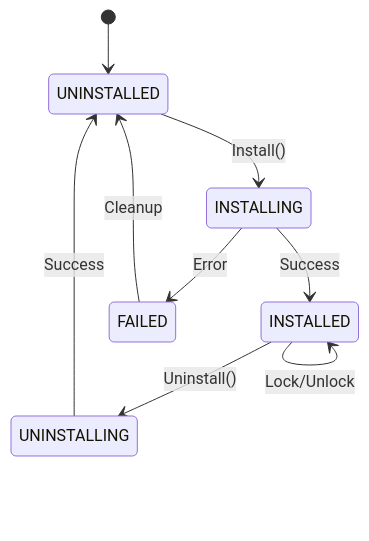
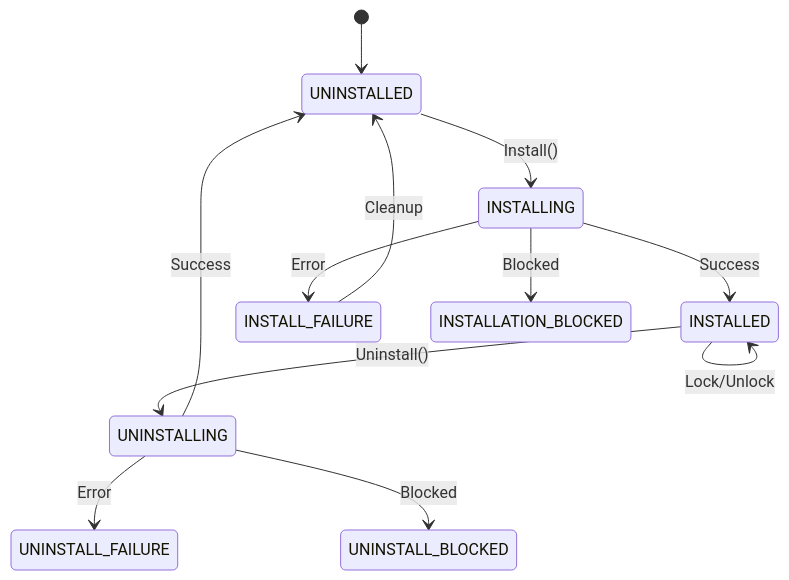
One commit to rdkcentral/entservices-appmanagers changed the seventh of 8 diagrams in PackageManager/PackageManager.md. Above: the diagram before and after it, drawn with Mermaid. The commit also changed other lines of this file, not shown here.

Commit message:
Update packagemanager.md with proper enum values

````diff
--- a/PackageManager/PackageManager.md
+++ b/PackageManager/PackageManager.md
@@ -431,11 +434,14 @@
 ```mermaid
 stateDiagram-v2
     [*] --> UNINSTALLED
     UNINSTALLED --> INSTALLING: Install()
     INSTALLING --> INSTALLED: Success
-    INSTALLING --> FAILED: Error
+    INSTALLING --> INSTALL_FAILURE: Error
+    INSTALLING --> INSTALLATION_BLOCKED: Blocked
     INSTALLED --> UNINSTALLING: Uninstall()
     UNINSTALLING --> UNINSTALLED: Success
-    FAILED --> UNINSTALLED: Cleanup
+    UNINSTALLING --> UNINSTALL_FAILURE: Error
+    UNINSTALLING --> UNINSTALL_BLOCKED: Blocked
+    INSTALL_FAILURE --> UNINSTALLED: Cleanup
     INSTALLED --> INSTALLED: Lock/Unlock
 ```
````
